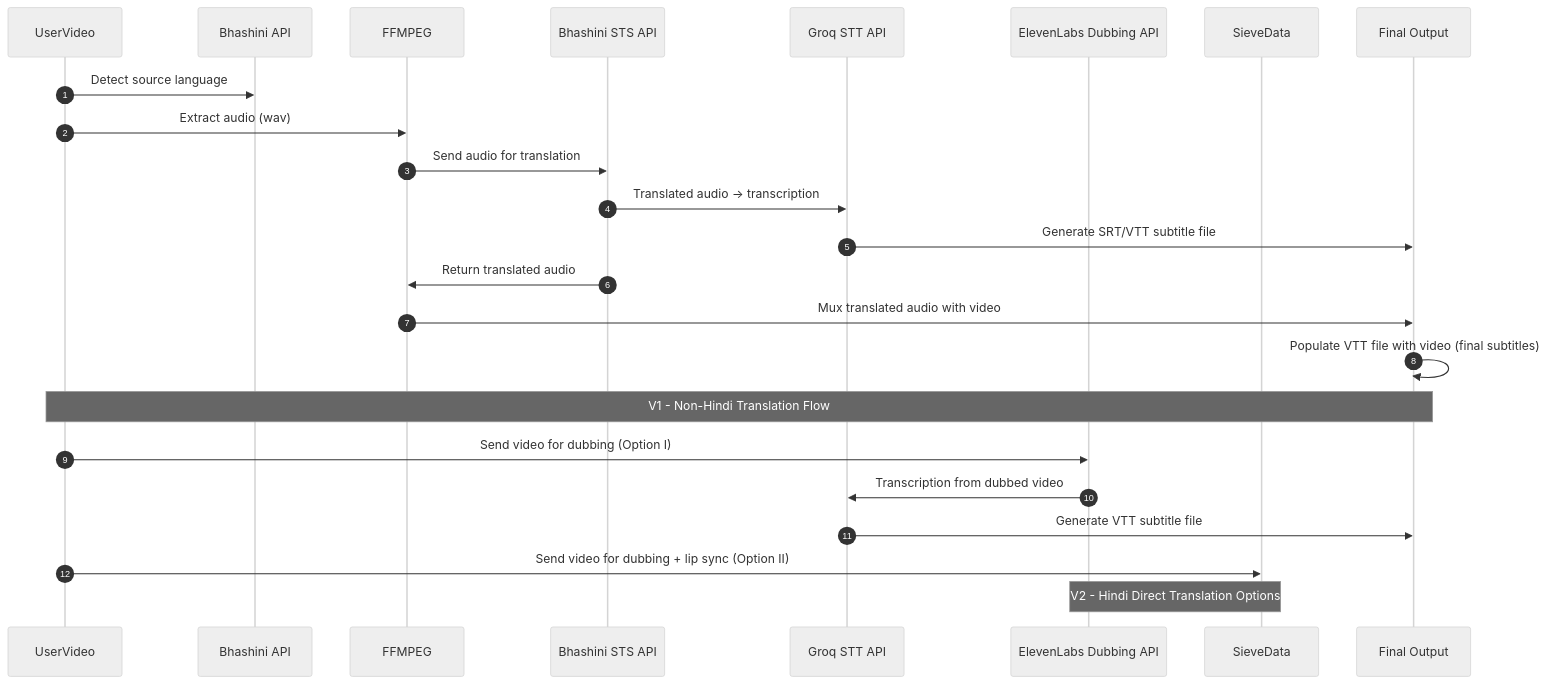
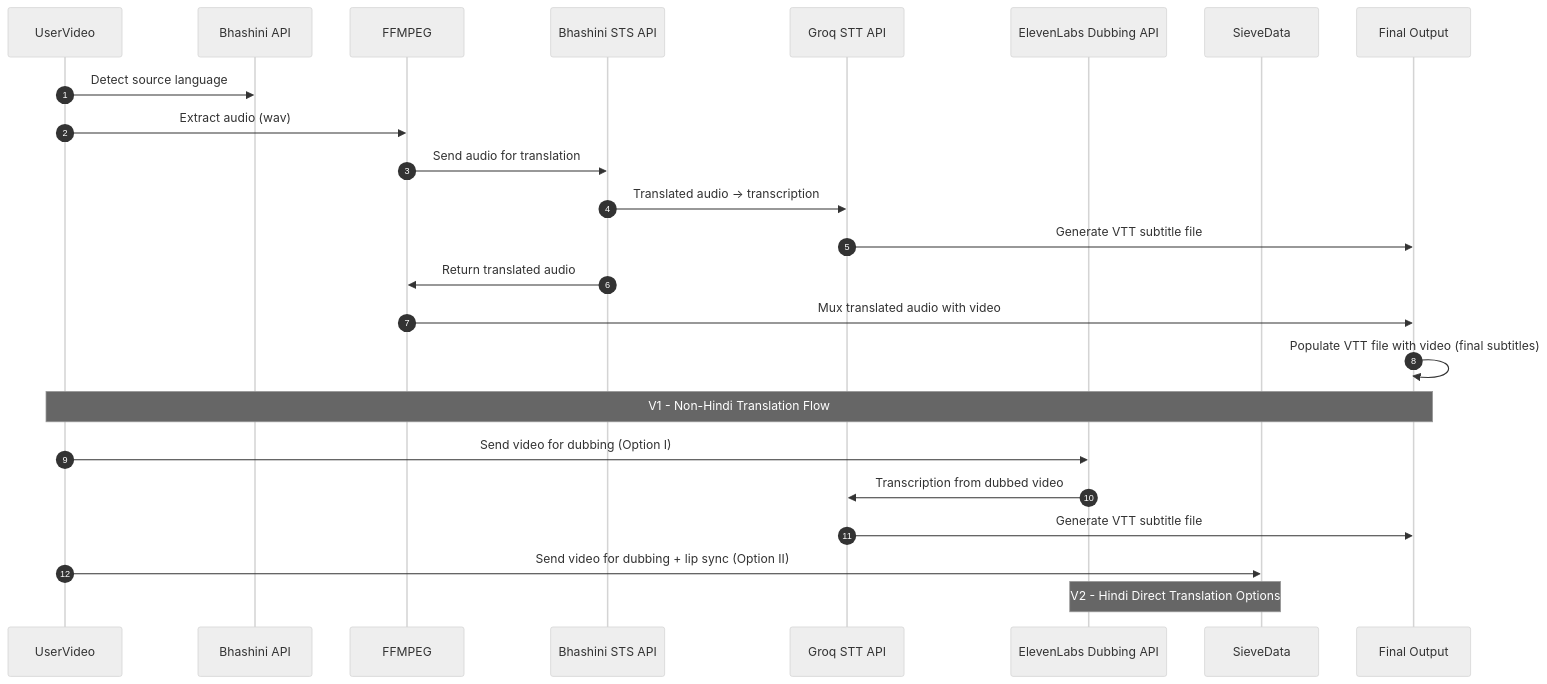
The second of 2 diagrams in README.md (theapprenticeproject/Video_Translation), drawn with Mermaid (neutral theme) before and after one commit. The commit also changed other lines of this file and 3 other files, not shown here.

````diff
--- a/README.md
+++ b/README.md
@@ -190,34 +190,34 @@
 ```mermaid
 sequenceDiagram
   autonumber
 
   participant UserVideo
   participant BhashiniAPI as Bhashini API
   participant FFMPEG
   participant STSAPI as Bhashini STS API
   participant GroqSTT as Groq STT API
   participant ElevenLabs as ElevenLabs Dubbing API
   participant SieveData
   participant Output as Final Output
 
   %% V1 - Non-Hindi Translations
   UserVideo->>BhashiniAPI: Detect source language
   UserVideo->>FFMPEG: Extract audio (wav)
   FFMPEG->>STSAPI: Send audio for translation
   STSAPI->>GroqSTT: Translated audio → transcription
-  GroqSTT->>Output: Generate SRT/VTT subtitle file
+  GroqSTT->>Output: Generate VTT subtitle file
   STSAPI->>FFMPEG: Return translated audio
   FFMPEG->>Output: Mux translated audio with video
   Output->>Output: Populate VTT file with video (final subtitles)
 
   Note over UserVideo,Output: V1 - Non-Hindi Translation Flow
 
   %% V2 - Hindi Direct Translation
   UserVideo->>ElevenLabs: Send video for dubbing (Option I)
   ElevenLabs->>GroqSTT: Transcription from dubbed video
   GroqSTT->>Output: Generate VTT subtitle file
 
   UserVideo->>SieveData: Send video for dubbing + lip sync (Option II)
 
   Note over ElevenLabs,SieveData: V2 - Hindi Direct Translation Options
 ```
````
